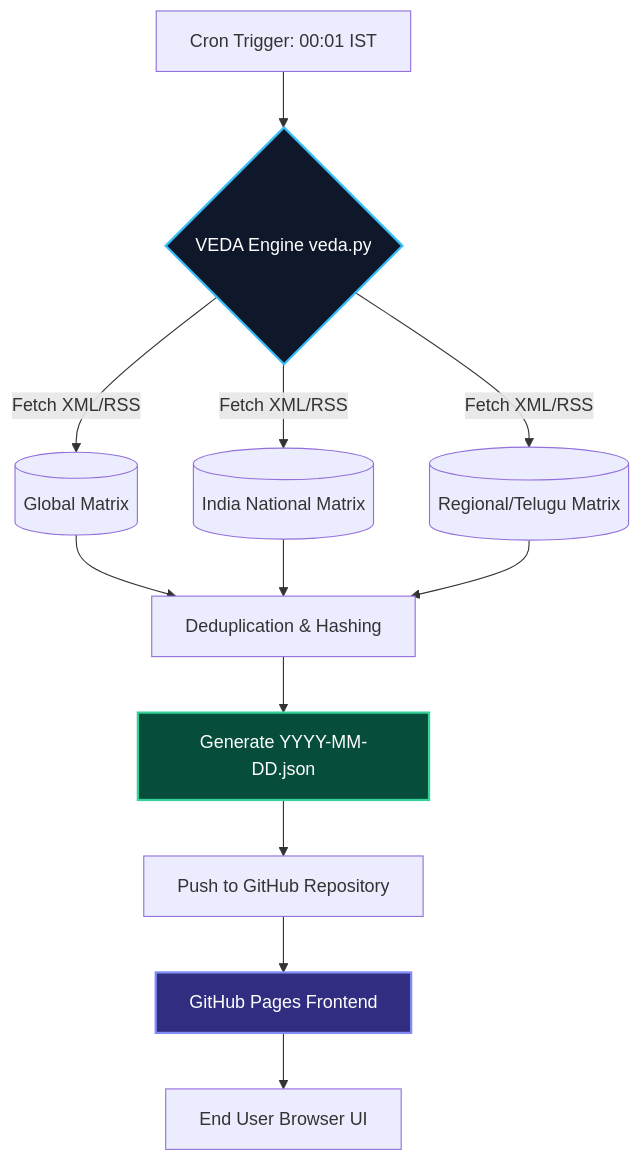
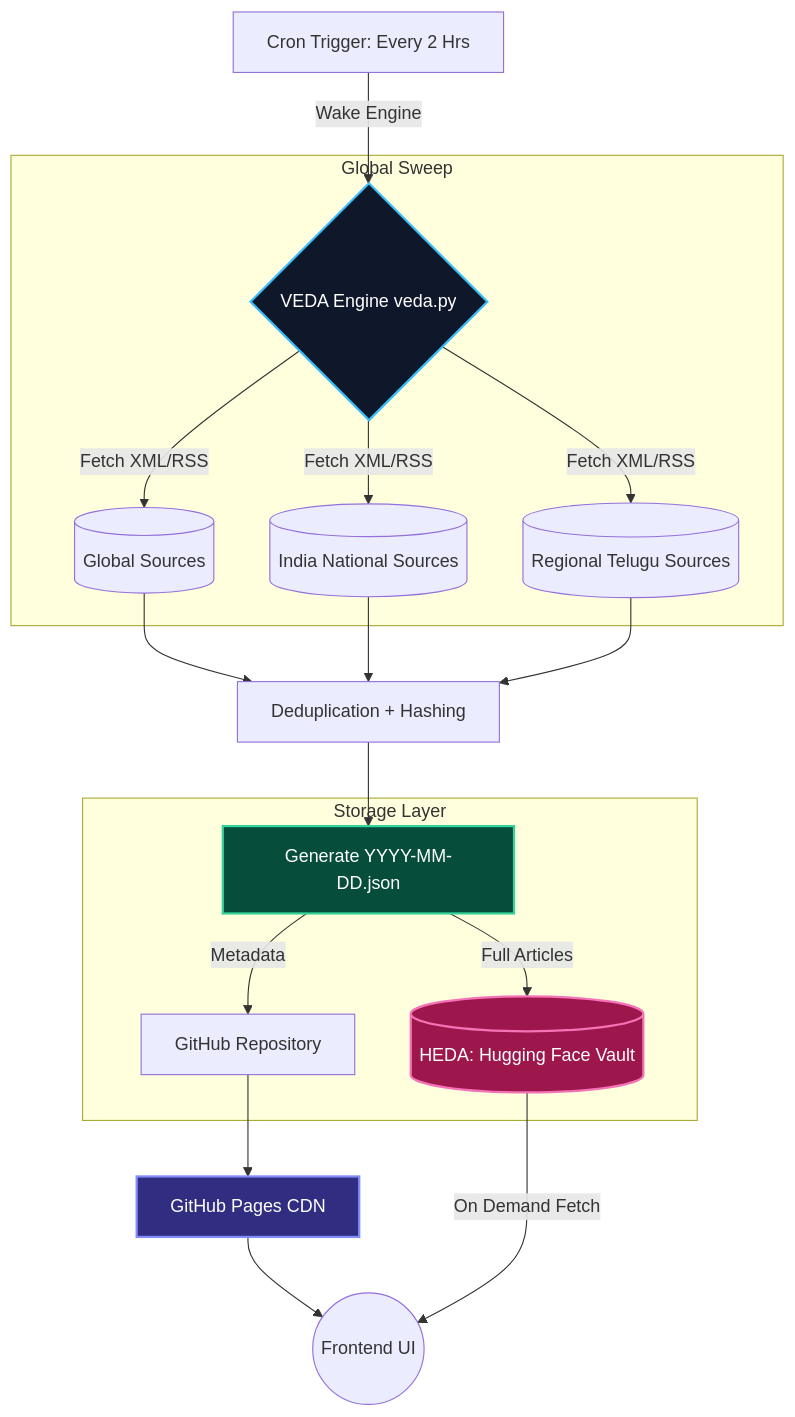
One commit to ravikiranoffl/VEDA changed the diagram in README.md. Above: the diagram before and after it, drawn with Mermaid. The commit also changed other lines of this file, not shown here.

`````diff
--- a/README.md
+++ b/README.md
@@ -16,16 +38,27 @@
 ```mermaid
 graph TD
-    A[Cron Trigger: 00:01 IST] --> B{VEDA Engine veda.py}
-    B -->|Fetch XML/RSS| C[(Global Matrix)]
-    B -->|Fetch XML/RSS| D[(India National Matrix)]
-    B -->|Fetch XML/RSS| E[(Regional/Telugu Matrix)]
-    C & D & E --> F[Deduplication & Hashing]
+    A[Cron Trigger: Every 2 Hrs] -->|Wake Engine| B{VEDA Engine veda.py}
+    
+    subgraph Global Sweep
+    B -->|Fetch XML/RSS| C[(Global Sources)]
+    B -->|Fetch XML/RSS| D[(India National Sources)]
+    B -->|Fetch XML/RSS| E[(Regional Telugu Sources)]
+    end
+    
+    C & D & E --> F[Deduplication + Hashing]
     F --> G[Generate YYYY-MM-DD.json]
-    G --> H[Push to GitHub Repository]
-    H --> I[GitHub Pages Frontend]
-    I --> J[End User Browser UI]
+    
+    subgraph Storage Layer
+    G -->|Metadata| H[GitHub Repository]
+    G -->|Full Articles| K[(HEDA: Hugging Face Vault)]
+    end
+    
+    H --> I[GitHub Pages CDN]
+    I --> J((Frontend UI))
+    K -->|On Demand Fetch| J
     
     style B fill:#0f172a,stroke:#38bdf8,stroke-width:2px,color:#fff
     style G fill:#064e3b,stroke:#34d399,stroke-width:2px,color:#fff
     style I fill:#312e81,stroke:#818cf8,stroke-width:2px,color:#fff
-```
+    style K fill:#9d174d,stroke:#f472b6,stroke-width:2px,color:#fff
+````
`````
